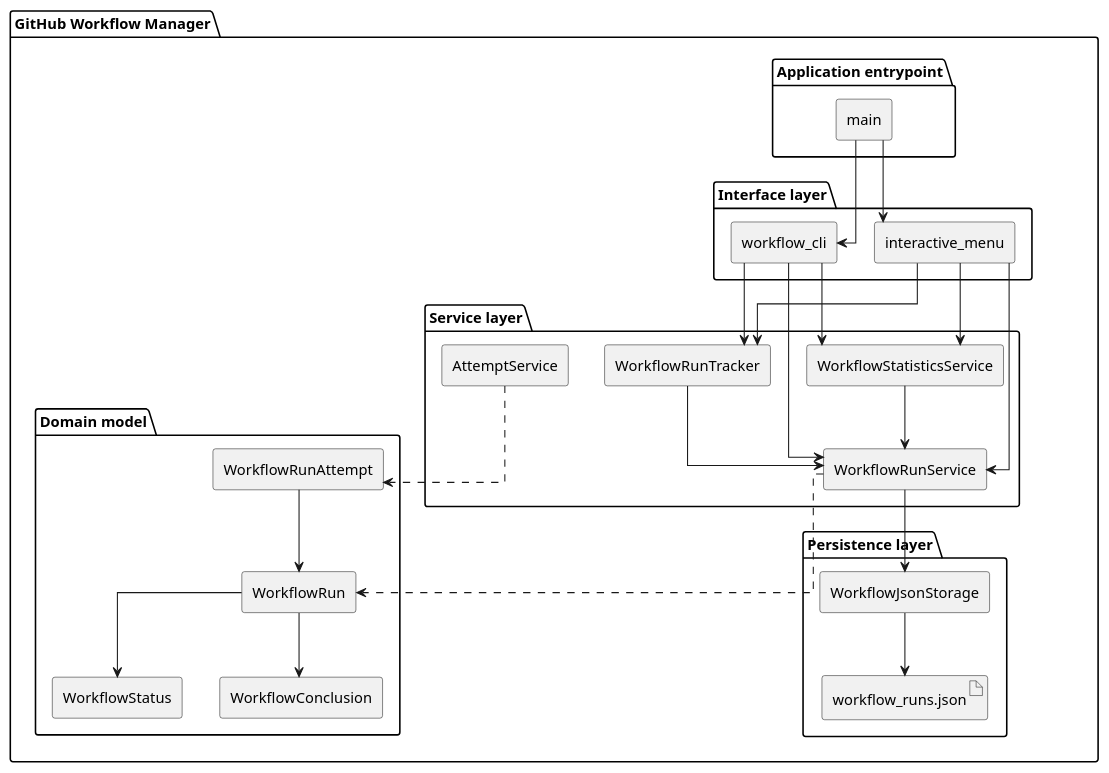
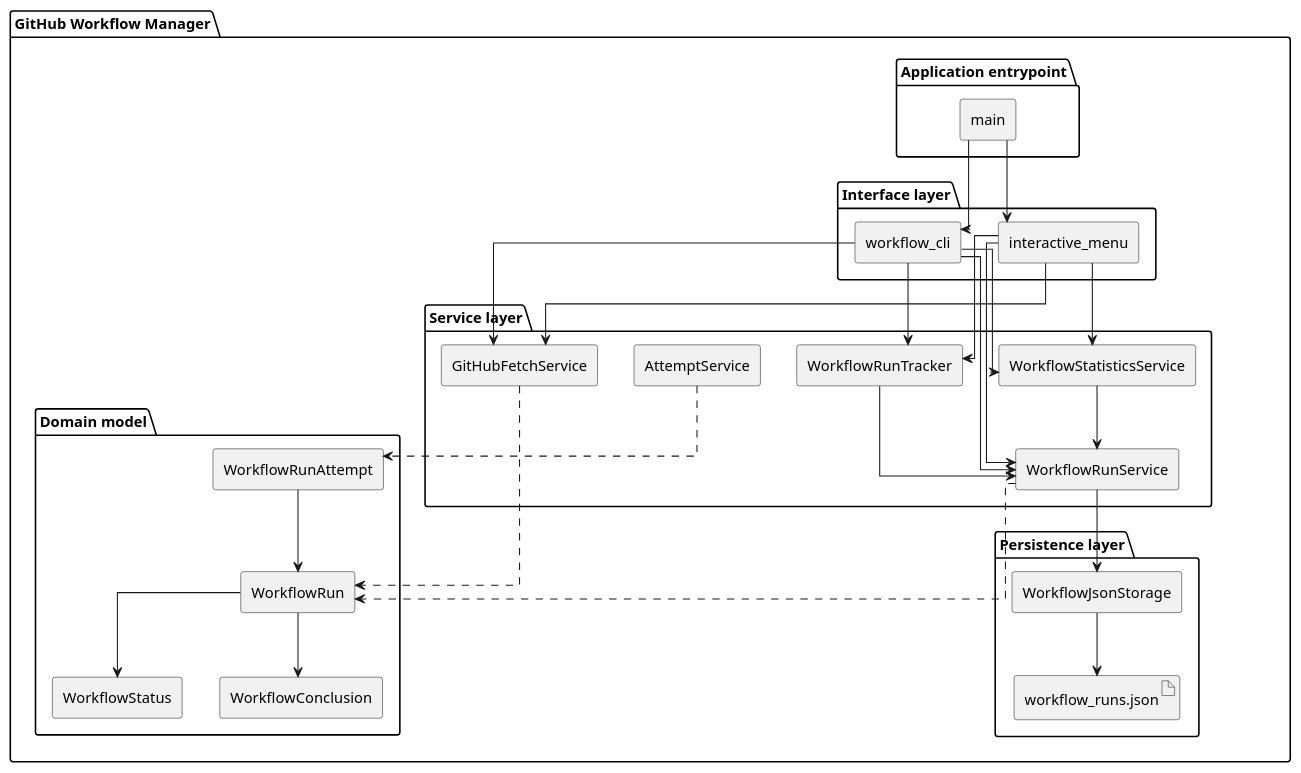
The diagram in experiments/broadcast/test_driven/github-workflow-manager/artifacts/component_diagram.puml (DanielRiha8906/Software_autoevolution_using_agents), drawn with PlantUML before and after one commit. The commit also changed 5 other files, not shown here.

```diff
--- a/experiments/broadcast/test_driven/github-workflow-manager/artifacts/component_diagram.puml
+++ b/experiments/broadcast/test_driven/github-workflow-manager/artifacts/component_diagram.puml
@@ -1,62 +1,67 @@
 @startuml component_diagram
 
 skinparam componentStyle rectangle
 skinparam linetype ortho
 top to bottom direction
 
 package "GitHub Workflow Manager" {
 
   package "Application entrypoint" {
     component "main" as MAIN
   }
 
   package "Interface layer" {
     component "workflow_cli" as CLI
     component "interactive_menu" as IM
   }
 
   package "Service layer" {
+    component "GitHubFetchService" as FETCH_SVC
     component "WorkflowRunTracker" as TRACKER
     component "WorkflowRunService" as SVC
     component "AttemptService" as ATTEMPT_SVC
     component "WorkflowStatisticsService" as STATS_SVC
   }
 
   package "Persistence layer" {
     component "WorkflowJsonStorage" as STOR
     artifact "workflow_runs.json" as JSON_FILE
   }
 
   package "Domain model" {
     component "WorkflowRun" as RUN
     component "WorkflowRunAttempt" as ATTEMPT
     component "WorkflowStatus" as STATUS
     component "WorkflowConclusion" as CONCLUSION
   }
 }
 
 MAIN --> CLI
 MAIN --> IM
 
 CLI --> TRACKER
 IM --> TRACKER
 
 CLI --> SVC
 IM --> SVC
 
 CLI --> STATS_SVC
 IM --> STATS_SVC
 
+CLI --> FETCH_SVC
+IM --> FETCH_SVC
+
 TRACKER --> SVC
+FETCH_SVC ..> RUN
 SVC --> STOR
 STOR --> JSON_FILE
 
 STATS_SVC --> SVC
 
 SVC ..> RUN
 ATTEMPT_SVC ..> ATTEMPT
 ATTEMPT --> RUN
 RUN --> STATUS
 RUN --> CONCLUSION
 
 @enduml
```
